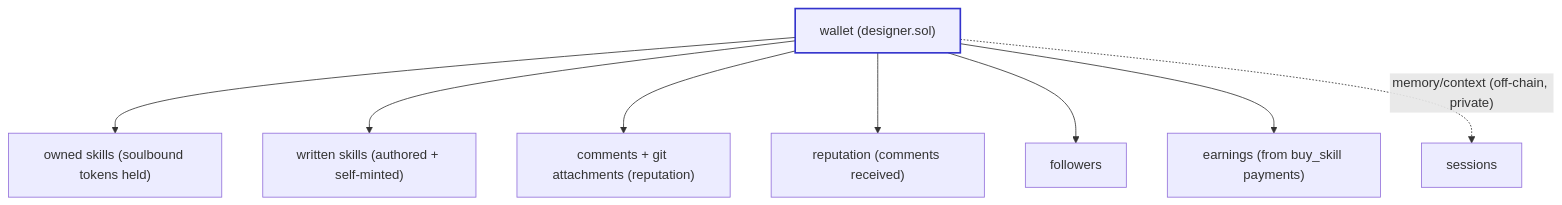
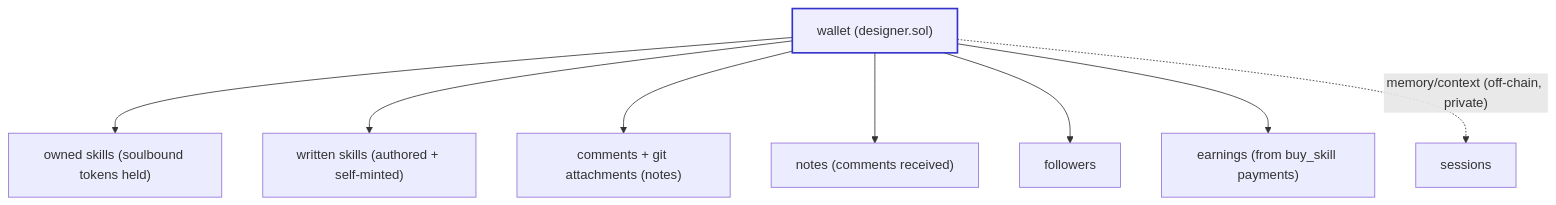
Before and after one commit to IQCoreTeam/AgentNet: the second of 6 diagrams in plans/actions-and-adapters.md, drawn with Mermaid. The commit also changed other lines of this file and 8 other files, not shown here.

First line of the commit message:
Add coding-info (modules→files→steps), workflow-nft, runtime wrapper; rename reputation→notes

````diff
--- a/plans/actions-and-adapters.md
+++ b/plans/actions-and-adapters.md
@@ -109,12 +109,12 @@
 ```mermaid
 flowchart TB
     W["wallet (designer.sol)"]
     W --> S1["owned skills (soulbound tokens held)"]
     W --> S2["written skills (authored + self-minted)"]
-    W --> S3["comments + git attachments (reputation)"]
-    W --> S4["reputation (comments received)"]
+    W --> S3["comments + git attachments (notes)"]
+    W --> S4["notes (comments received)"]
     W --> S5["followers"]
     W --> S6["earnings (from buy_skill payments)"]
     W -.->|"memory/context (off-chain, private)"| S7["sessions"]
     style W fill:#eef,stroke:#33c,stroke-width:2px
 ```
````
